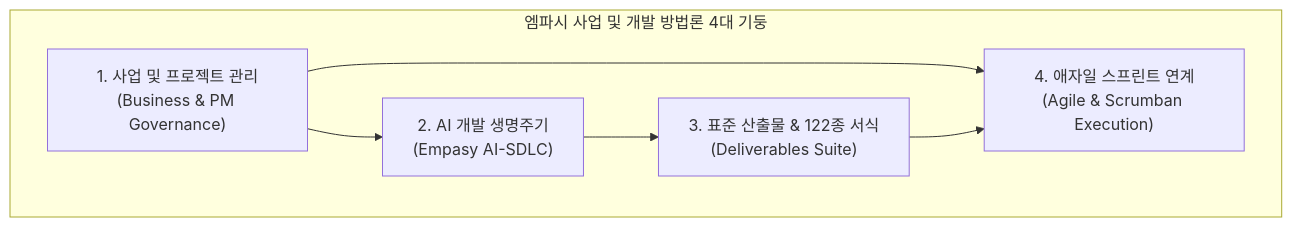
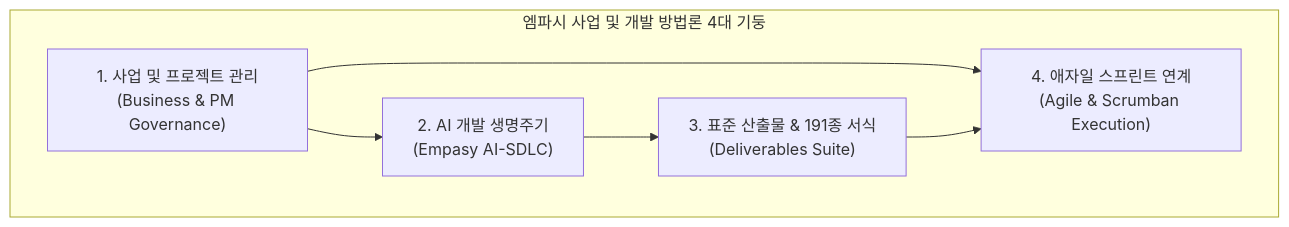
The first of 2 diagrams in ko/methodology/index.md (DramaticCollaboration/doc.github.io), drawn with Mermaid before and after one commit. The commit also changed other lines of this file and 320 other files, not shown here.

````diff
--- a/ko/methodology/index.md
+++ b/ko/methodology/index.md
@@ -33,14 +33,14 @@
 ```mermaid
 flowchart TD
     subgraph CorePillars ["엠파시 사업 및 개발 방법론 4대 기둥"]
         P1["1. 사업 및 프로젝트 관리<br/>(Business & PM Governance)"]
         P2["2. AI 개발 생명주기<br/>(Empasy AI-SDLC)"]
-        P3["3. 표준 산출물 & 122종 서식<br/>(Deliverables Suite)"]
+        P3["3. 표준 산출물 & 191종 서식<br/>(Deliverables Suite)"]
         P4["4. 애자일 스프린트 연계<br/>(Agile & Scrumban Execution)"]
     end
 
     P1 --> P2
     P2 --> P3
     P1 --> P4
     P3 --> P4
 ```
````
